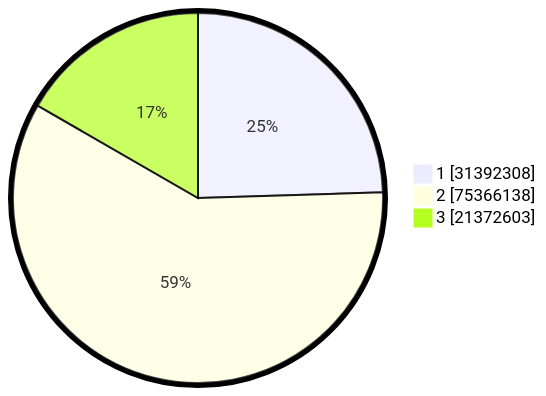
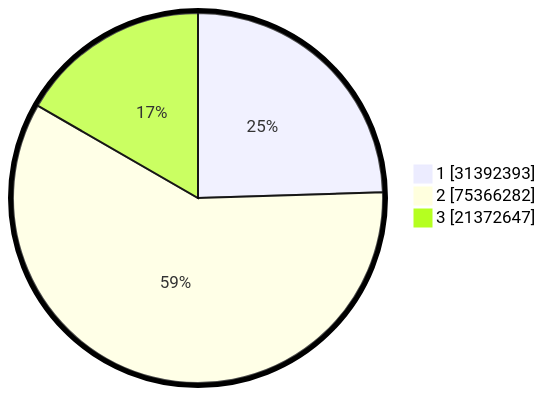
One commit to gigit-pemilu/pemilu-2024 changed the second of 2 diagrams in pilpres/hitung-suara/README.md. Above: the diagram before and after it, drawn with Mermaid. The commit also changed other lines of this file and 6 other files, not shown here.

````diff
--- a/pilpres/hitung-suara/README.md
+++ b/pilpres/hitung-suara/README.md
@@ -93,7 +93,7 @@
 ```mermaid
 %%{init: {"pie": {"textPosition": 0.5}, "themeVariables": {"pieOuterStrokeWidth": "5px"}} }%%
 pie showData
-    "1" : 31392308
-    "2" : 75366138
-    "3" : 21372603
+    "1" : 31392393
+    "2" : 75366282
+    "3" : 21372647
 ```
````
